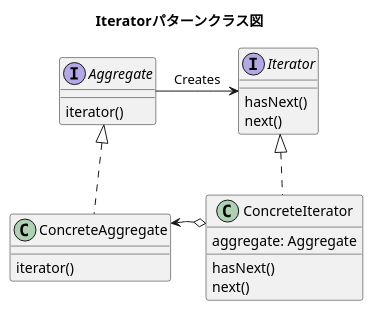
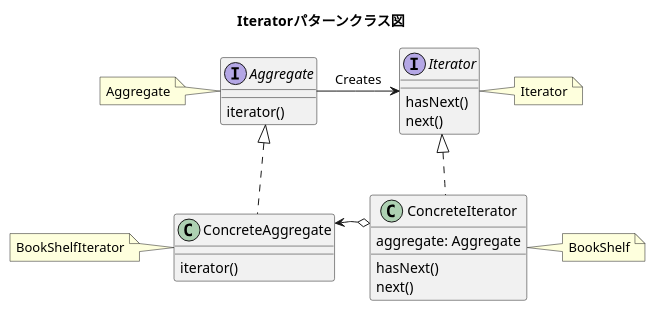
Before and after one commit to natsuyasai/JavaDesignPatternToKotlin: the diagram in 01_Iterator/Iterator.pu, drawn with PlantUML.

Commit message:
クラス図にコメント追加

```diff
--- a/01_Iterator/Iterator.pu
+++ b/01_Iterator/Iterator.pu
@@ -1,36 +1,40 @@
 @startuml
 title Iteratorパターンクラス図
 
 
 ' 集合体
 interface Aggregate{
     iterator()
 }
+note left: Aggregate
 
 ' 具体的な集合体
 class ConcreteAggregate{
     iterator()
 }
+note left: BookShelfIterator
 
 ' 反復子
 interface Iterator{
     hasNext()
     next()
 }
+note right: Iterator
 
 ' 具体的な反復子
 class ConcreteIterator{
     aggregate: Aggregate
     hasNext()
     next()
 }
+note right: BookShelf
 
 ' 配置指定
 Aggregate -[hidden]r- Iterator
 ConcreteAggregate -[hidden]r- ConcreteIterator 
 Aggregate --> Iterator : Creates
 ConcreteIterator o--> ConcreteAggregate
 Aggregate <|.. ConcreteAggregate
 Iterator <|.. ConcreteIterator
 
 @enduml
```
